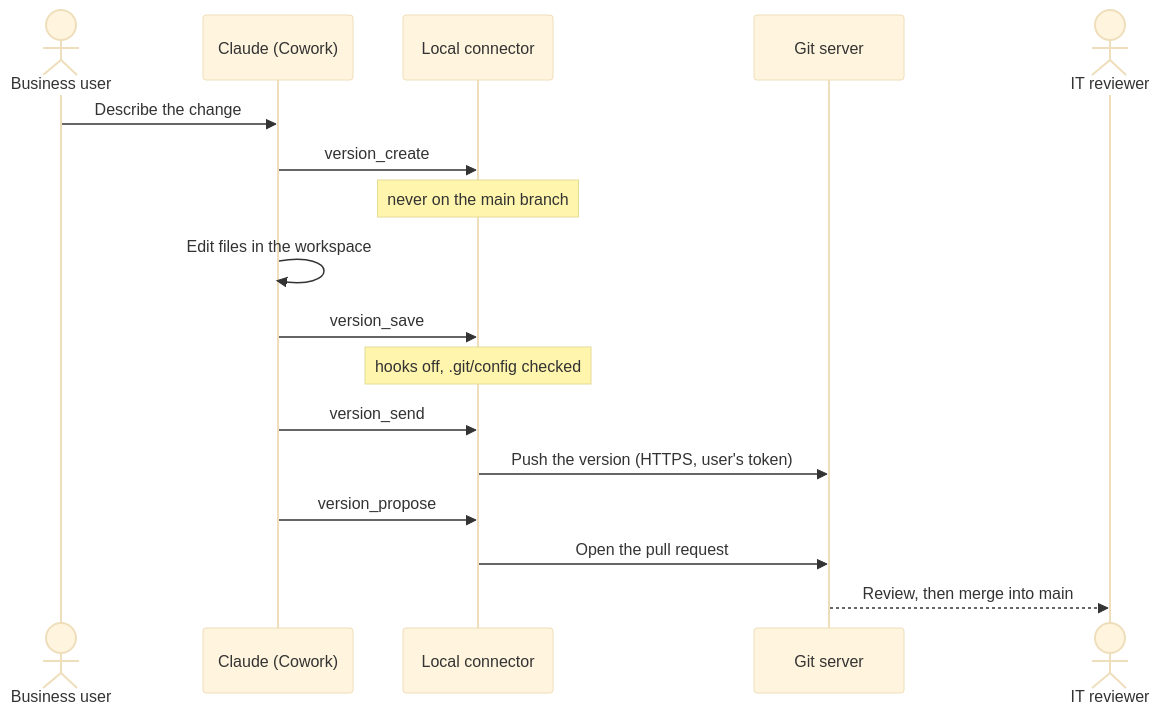
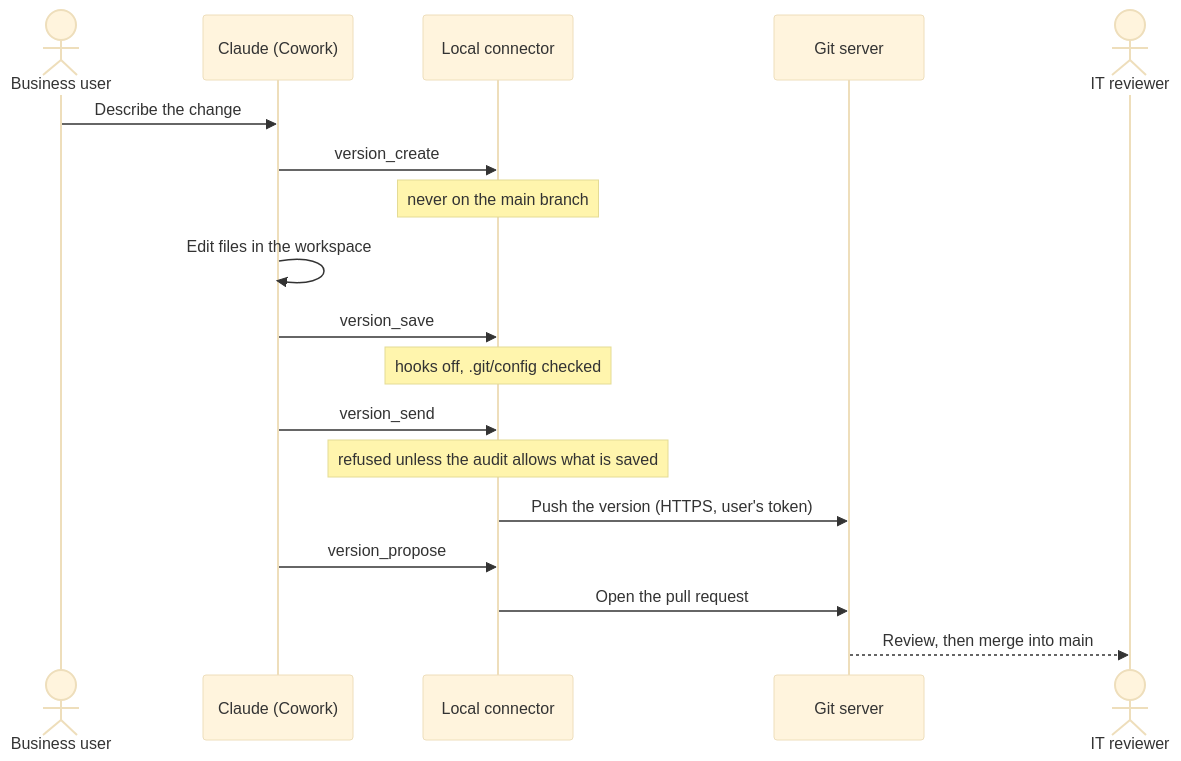
One commit to grojof/eunomai-business changed the second of 4 diagrams in docs/architecture.md. Above: the diagram before and after it, drawn with Mermaid (base theme). The commit also changed other lines of this file and 44 other files, not shown here.

````diff
--- a/docs/architecture.md
+++ b/docs/architecture.md
@@ -64,20 +64,21 @@
 ```mermaid
 sequenceDiagram
     actor User as Business user
     participant Claude as Claude (Cowork)
     participant Connector as Local connector
     participant Git as Git server
     actor IT as IT reviewer
 
     User->>Claude: Describe the change
     Claude->>Connector: version_create
     Note over Connector: never on the main branch
     Claude->>Claude: Edit files in the workspace
     Claude->>Connector: version_save
     Note over Connector: hooks off, .git/config checked
     Claude->>Connector: version_send
+    Note over Connector: refused unless the audit allows what is saved
     Connector->>Git: Push the version (HTTPS, user's token)
     Claude->>Connector: version_propose
     Connector->>Git: Open the pull request
     Git-->>IT: Review, then merge into main
 ```
````
